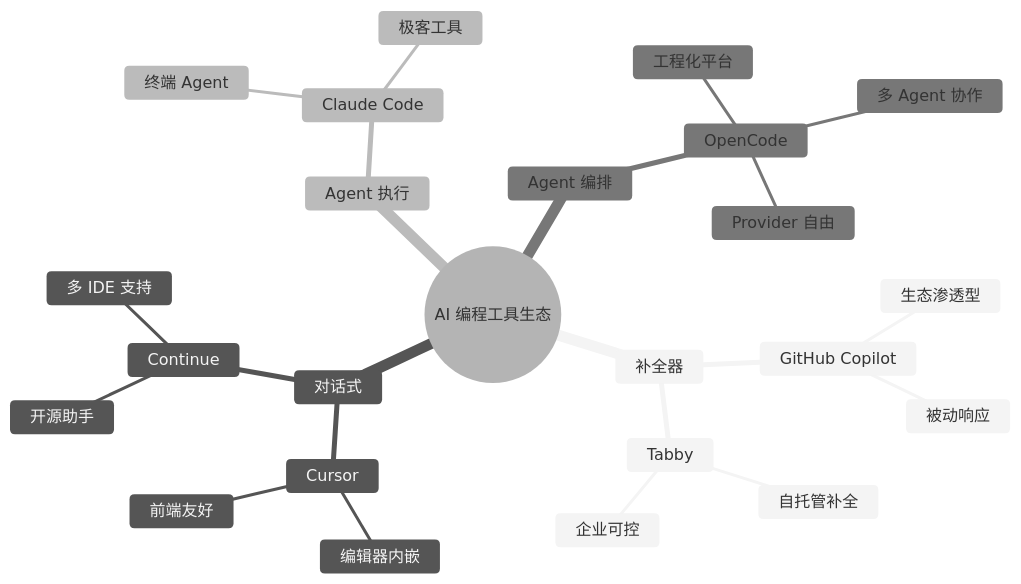
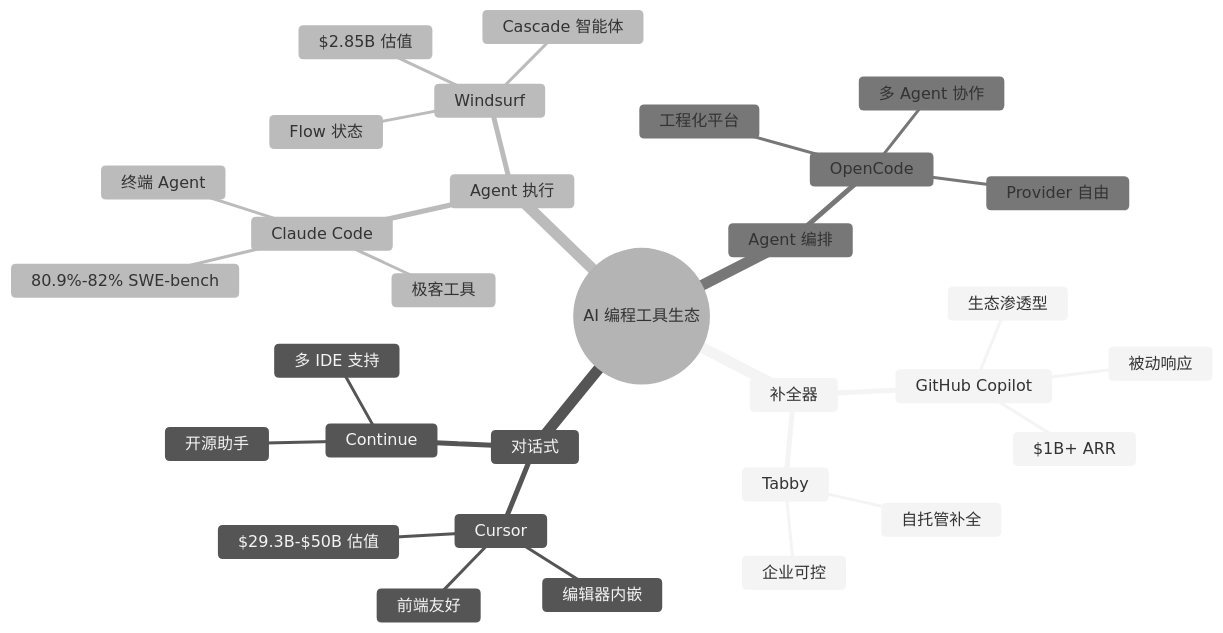
The first of 13 diagrams in src/01-introduction/why-opencode.md (tonydeng/harness-engineering-from-oc-to-ai-coding), drawn with Mermaid (neutral theme) before and after one commit. The commit also changed other lines of this file and 76 other files, not shown here.

````diff
--- a/src/01-introduction/why-opencode.md
+++ b/src/01-introduction/why-opencode.md
@@ -83,27 +80,34 @@
 ```mermaid
 mindmap
   root((AI 编程工具生态))
     补全器
       GitHub Copilot
         生态渗透型
         被动响应
+        $1B+ ARR
       Tabby
         自托管补全
         企业可控
     对话式
       Cursor
         编辑器内嵌
         前端友好
+        $29.3B-$50B 估值
       Continue
         开源助手
         多 IDE 支持
     Agent 执行
       Claude Code
         终端 Agent
         极客工具
+        80.9%-82% SWE-bench
+      Windsurf
+        Cascade 智能体
+        Flow 状态
+        $2.85B 估值
     Agent 编排
       OpenCode
         工程化平台
         多 Agent 协作
         Provider 自由
 ```
````
